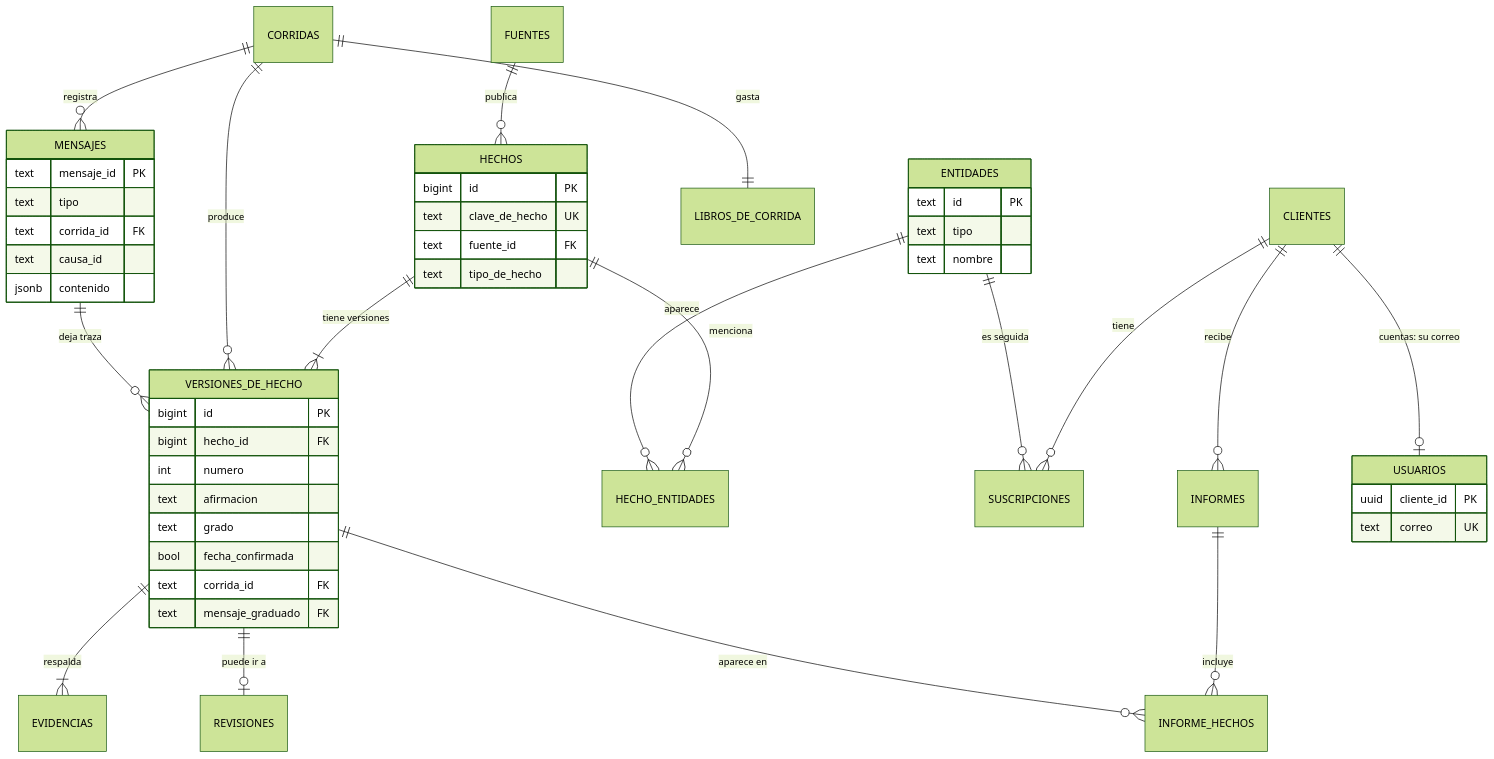
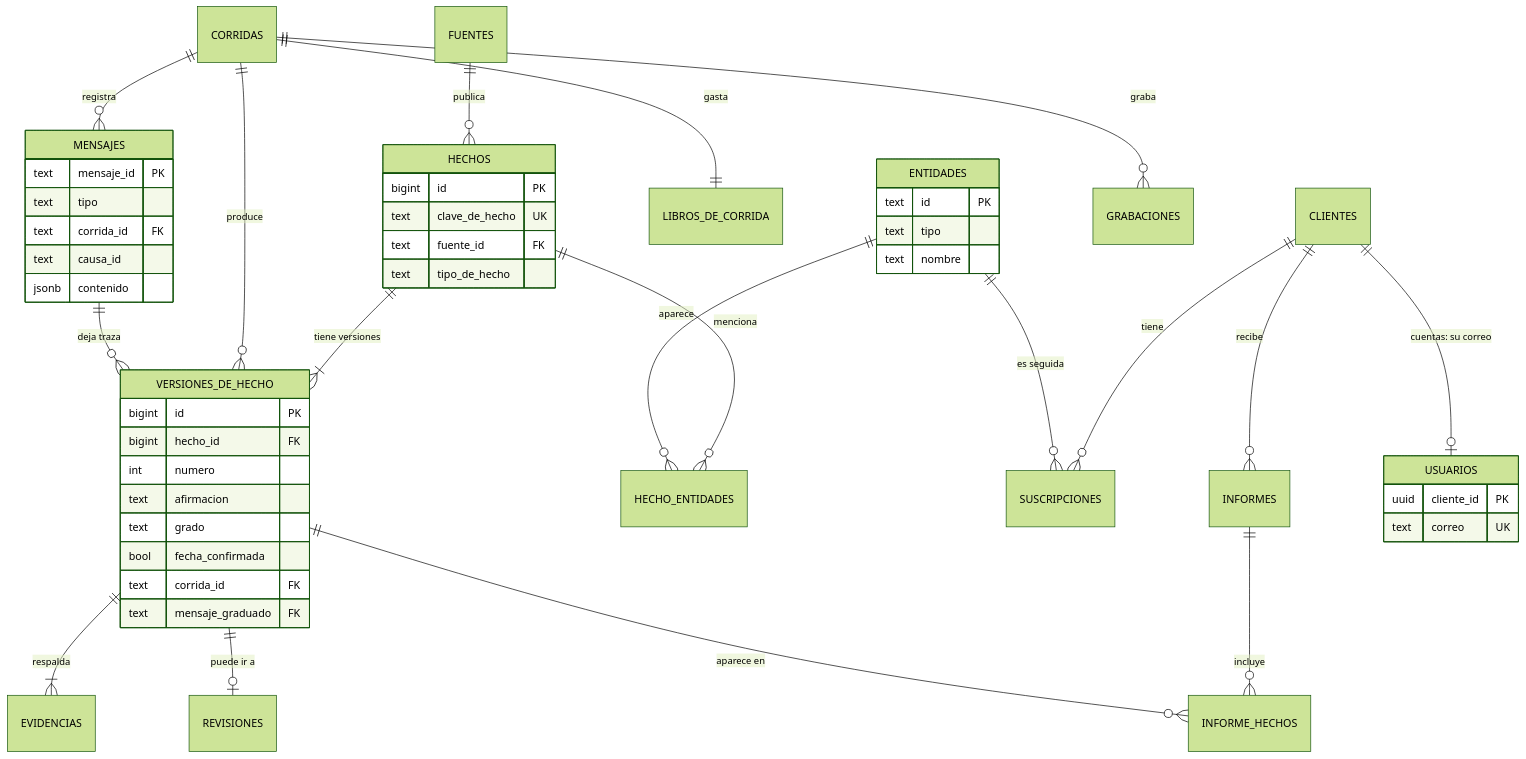
The diagram in docs/base-de-afirmaciones.md (andresdiegolanda/el-parte), drawn with Mermaid (forest theme) before and after one commit. The commit also changed other lines of this file and 64 other files, not shown here.

````diff
--- a/docs/base-de-afirmaciones.md
+++ b/docs/base-de-afirmaciones.md
@@ -14,52 +14,53 @@
 ```mermaid
 erDiagram
     FUENTES ||--o{ HECHOS : publica
     HECHOS ||--|{ VERSIONES_DE_HECHO : "tiene versiones"
     HECHOS ||--o{ HECHO_ENTIDADES : menciona
     ENTIDADES ||--o{ HECHO_ENTIDADES : aparece
     VERSIONES_DE_HECHO ||--|{ EVIDENCIAS : respalda
     VERSIONES_DE_HECHO ||--o| REVISIONES : "puede ir a"
     CORRIDAS ||--o{ VERSIONES_DE_HECHO : produce
     CORRIDAS ||--o{ MENSAJES : registra
     CORRIDAS ||--|| LIBROS_DE_CORRIDA : gasta
     MENSAJES ||--o{ VERSIONES_DE_HECHO : "deja traza"
     CLIENTES ||--o{ SUSCRIPCIONES : tiene
     ENTIDADES ||--o{ SUSCRIPCIONES : "es seguida"
     CLIENTES ||--o{ INFORMES : recibe
     INFORMES ||--o{ INFORME_HECHOS : incluye
+    CORRIDAS ||--o{ GRABACIONES : graba
     VERSIONES_DE_HECHO ||--o{ INFORME_HECHOS : "aparece en"
     CLIENTES ||--o| USUARIOS : "cuentas: su correo"
 
     HECHOS {
         bigint id PK
         text clave_de_hecho UK
         text fuente_id FK
         text tipo_de_hecho
     }
     VERSIONES_DE_HECHO {
         bigint id PK
         bigint hecho_id FK
         int numero
         text afirmacion
         text grado
         bool fecha_confirmada
         text corrida_id FK
         text mensaje_graduado FK
     }
     ENTIDADES {
         text id PK
         text tipo
         text nombre
     }
     MENSAJES {
         text mensaje_id PK
         text tipo
         text corrida_id FK
         text causa_id
         jsonb contenido
     }
     USUARIOS {
         uuid cliente_id PK
         text correo UK
     }
 ```
````
